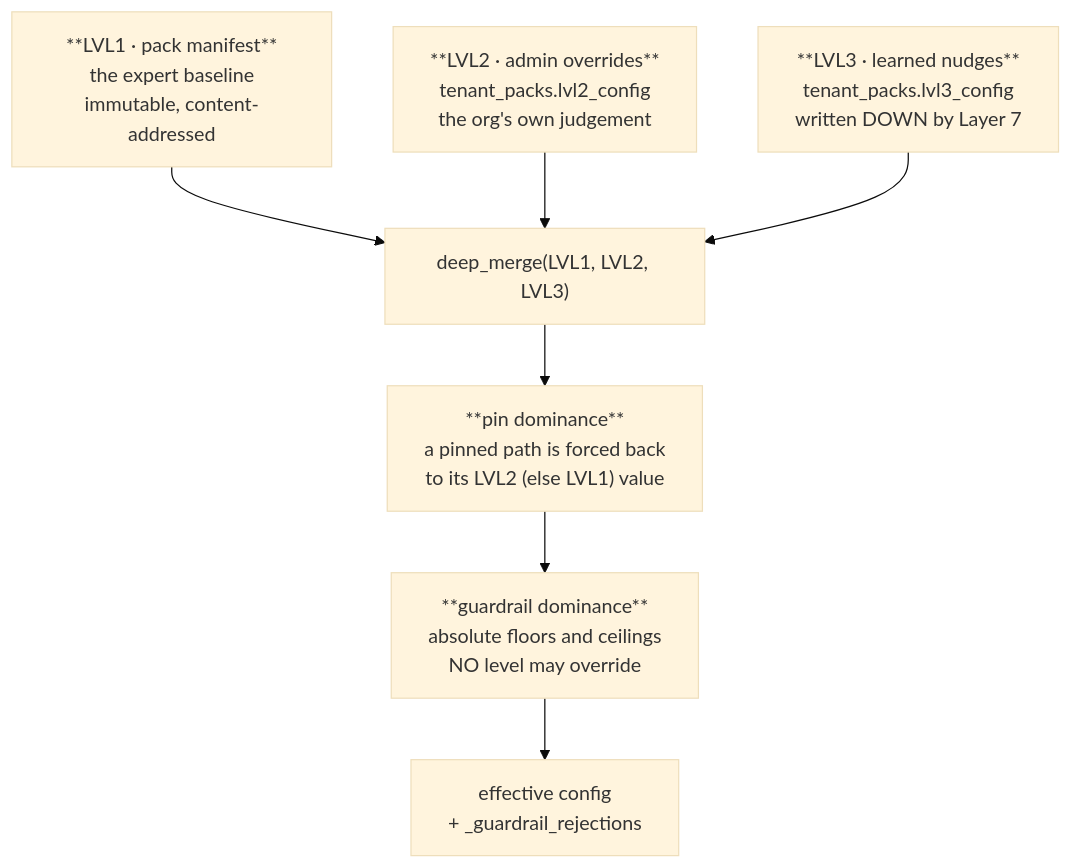
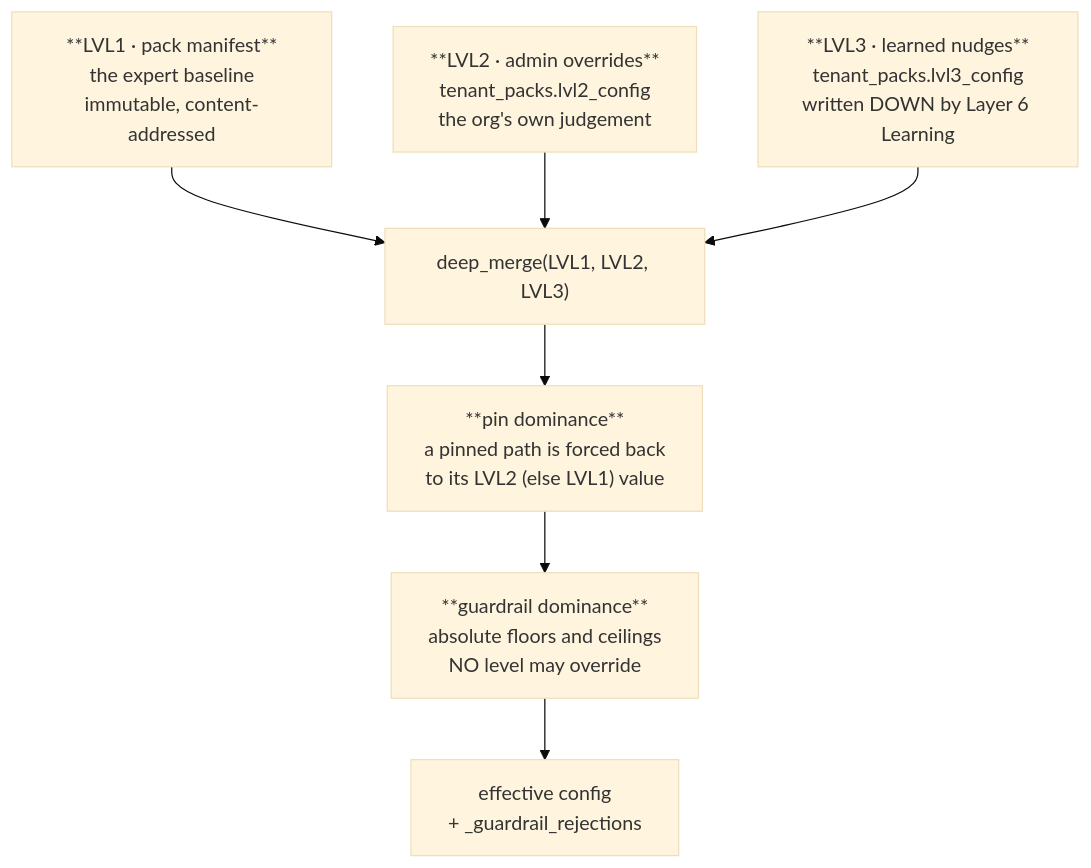
One commit to themoronss/genios-brain changed the diagram in System Design/Layer-3-Domain-Expertise/03-The-Merge-Engine.md. Above: the diagram before and after it, drawn with Mermaid (base theme). The commit also changed other lines of this file and 316 other files, not shown here.

````diff
--- a/System Design/Layer-3-Domain-Expertise/03-The-Merge-Engine.md
+++ b/System Design/Layer-3-Domain-Expertise/03-The-Merge-Engine.md
@@ -13,13 +13,13 @@
 ```mermaid
 flowchart TB
     L1["**LVL1 · pack manifest**<br/>the expert baseline<br/>immutable, content-addressed"]
     L2["**LVL2 · admin overrides**<br/>tenant_packs.lvl2_config<br/>the org's own judgement"]
-    L3["**LVL3 · learned nudges**<br/>tenant_packs.lvl3_config<br/>written DOWN by Layer 7"]
+    L3["**LVL3 · learned nudges**<br/>tenant_packs.lvl3_config<br/>written DOWN by Layer 6 Learning"]
 
     L1 --> D["deep_merge(LVL1, LVL2, LVL3)"]
     L2 --> D
     L3 --> D
     D --> P["**pin dominance**<br/>a pinned path is forced back<br/>to its LVL2 (else LVL1) value"]
     P --> G["**guardrail dominance**<br/>absolute floors and ceilings<br/>NO level may override"]
     G --> E["effective config<br/>+ _guardrail_rejections"]
 ```
````
